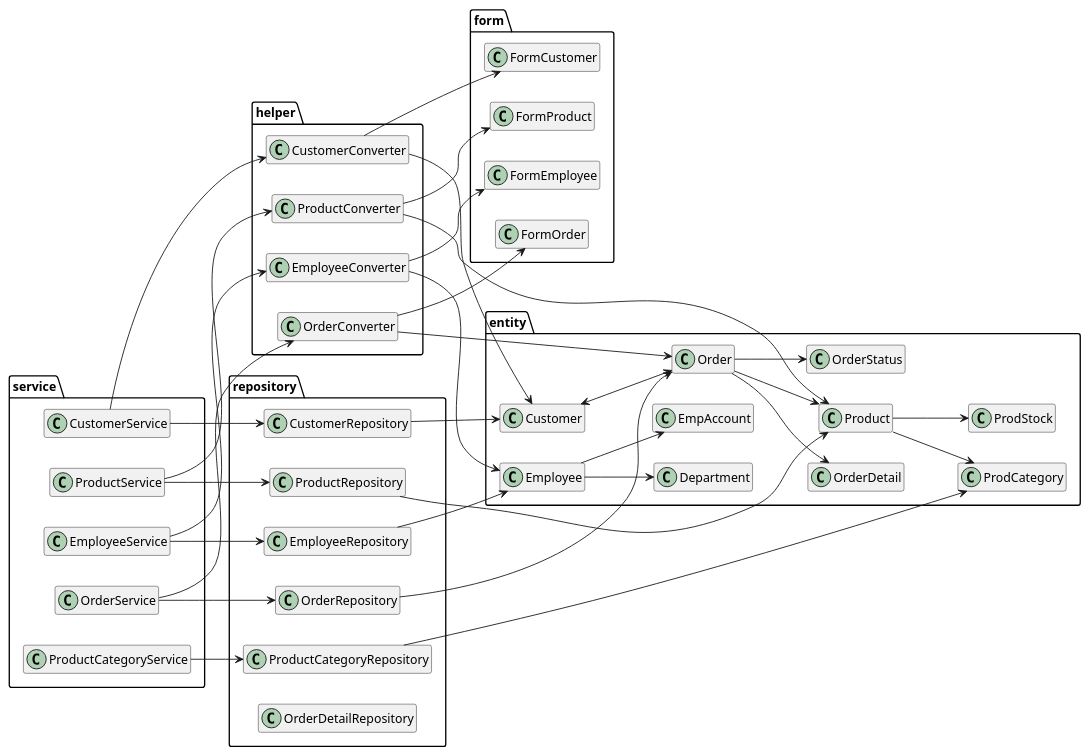
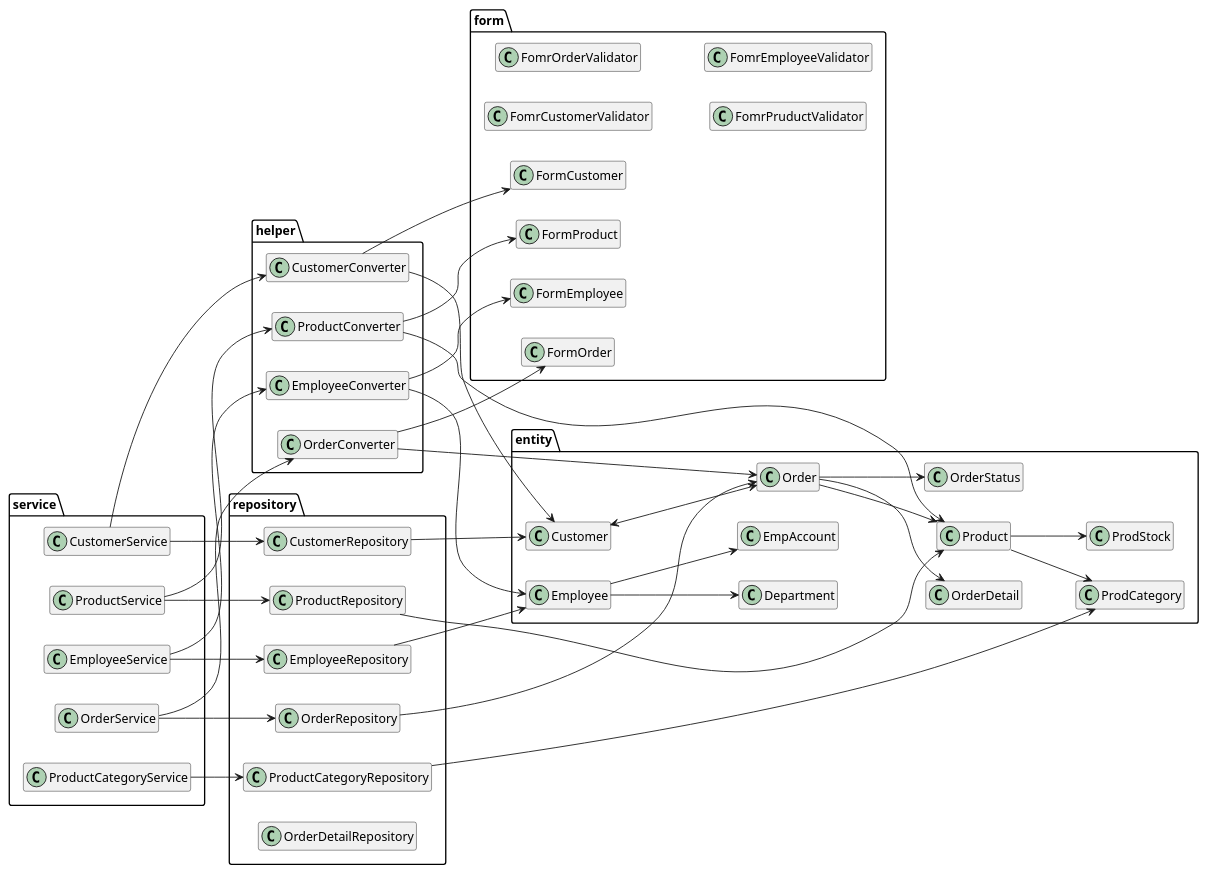
Before and after one commit to kanavii3333/ec-b: the diagram in plan/uml/class/all.plantuml, drawn with PlantUML. The commit also changed 3 other files, not shown here.

```diff
--- a/plan/uml/class/all.plantuml
+++ b/plan/uml/class/all.plantuml
@@ -1,138 +1,150 @@
 @startuml
 
 hide empty members
 left to right direction
 
 package entity{
     class Customer{
     }
 
     class Order{
     }
 
     class OrderDetail{
     }
 
     class OrderStatus{
     }
 
     class Product{
     }
 
     class ProdCategory{
     }
 
     class ProdStock{
     }
 
     class Employee{
     }
 
     class Department{
     }
 
     class EmpAccount{
     }
 }
 
 Customer <--> Order
 Order --> OrderStatus
 Order --> OrderDetail
 Order --> Product
 Product --> ProdStock
 Product --> ProdCategory
 Employee --> EmpAccount
 Employee --> Department
 
 package form{
     class FormCustomer{
     }
 
     class FormOrder{
     }
 
     class FormProduct{
     }
 
     class FormEmployee{
+    }
+    
+    class FomrCustomerValidator{
+    }
+    
+    class FomrOrderValidator{
+    }
+    
+    class FomrPruductValidator{
+    }
+    
+    class FomrEmployeeValidator{
     }
 }
 
 package helper{
     class CustomerConverter{
     }
 
     class OrderConverter{
     }
 
     class ProductConverter{
     }
 
     class EmployeeConverter{
     }
 }
 CustomerConverter --> Customer
 CustomerConverter --> FormCustomer
 OrderConverter --> Order
 OrderConverter --> FormOrder
 ProductConverter --> Product
 ProductConverter --> FormProduct
 EmployeeConverter --> Employee
 EmployeeConverter --> FormEmployee
 
 package repository{
     class CustomerRepository{
     }
 
     class OrderRepository{
     }
 
     class ProductRepository{
     }
 
     class EmployeeRepository{
     }
 
     class ProductCategoryRepository{
     }
 
     class OrderDetailRepository{
     }
 }
 
 package service{
     class CustomerService{
     }
     
     class OrderService{
     }
     
     class ProductService{
     }
 
 
     class EmployeeService{
     }
     
     class ProductCategoryService{
     }
 }
 
 CustomerService --> CustomerConverter
 OrderService --> OrderConverter
 ProductService --> ProductConverter
 EmployeeService --> EmployeeConverter
 
 CustomerService --> CustomerRepository
 OrderService --> OrderRepository
 ProductService --> ProductRepository
 EmployeeService --> EmployeeRepository
 ProductCategoryService --> ProductCategoryRepository
 
 CustomerRepository --> Customer
 OrderRepository --> Order
 ProductRepository --> Product
 EmployeeRepository --> Employee
 ProductCategoryRepository --> ProdCategory
 
 @enduml
```
